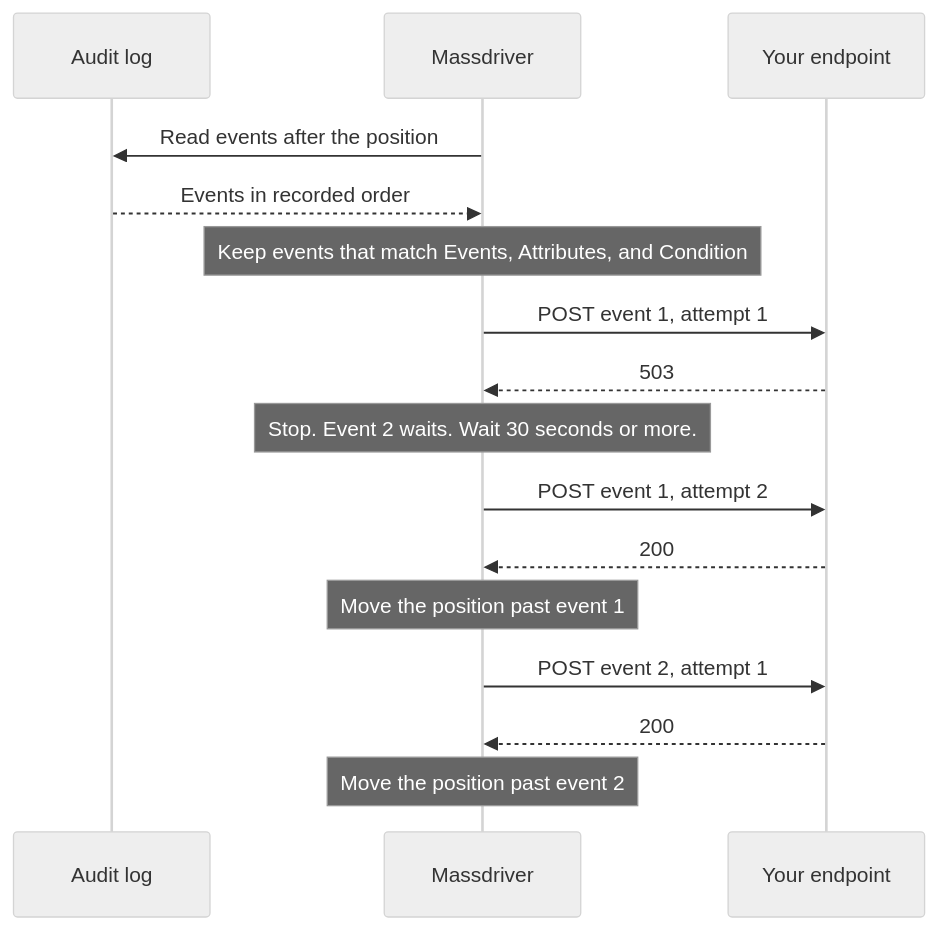
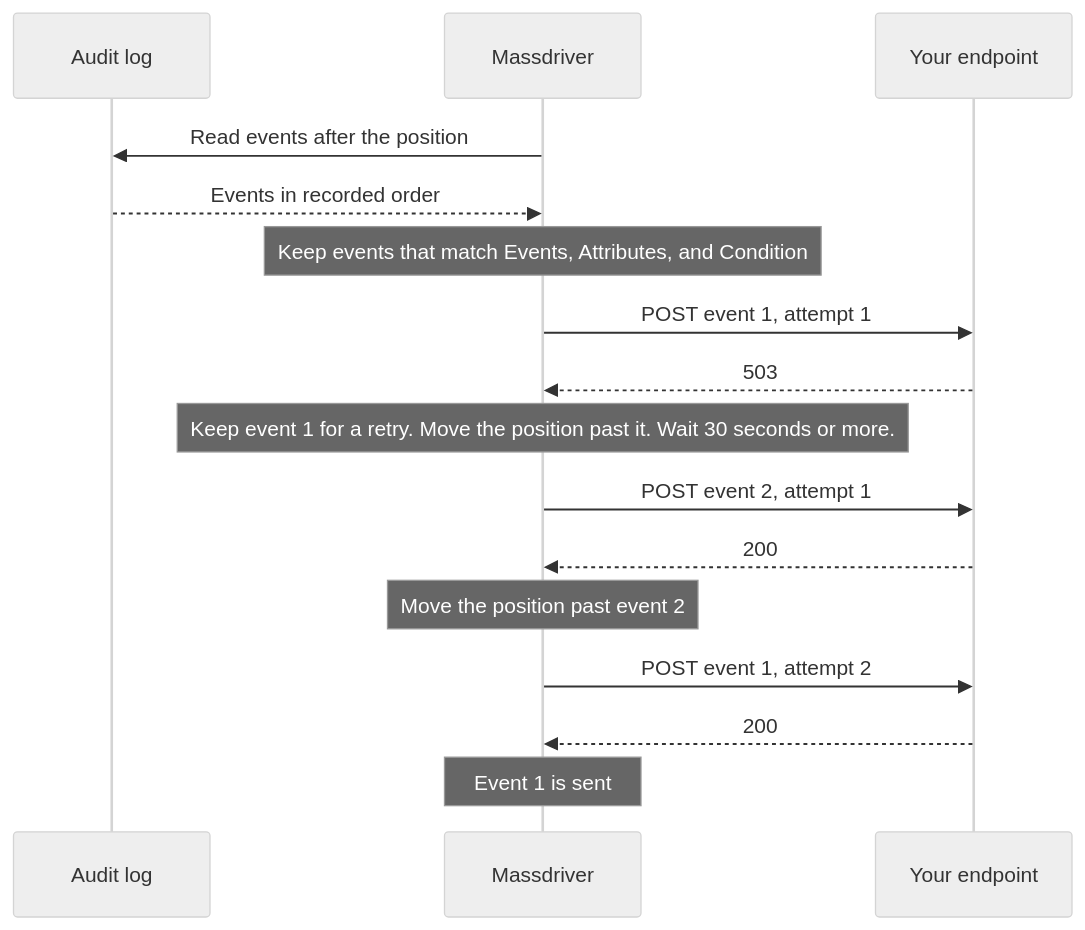
One commit to massdriver-cloud/docs changed the diagram in docs/platform-operations/03-event-destinations.md. Above: the diagram before and after it, drawn with Mermaid (neutral theme). The commit also changed other lines of this file, not shown here.

````diff
--- a/docs/platform-operations/03-event-destinations.md
+++ b/docs/platform-operations/03-event-destinations.md
@@ -120,18 +120,18 @@
 ```mermaid
 sequenceDiagram
     participant AL as Audit log
     participant MD as Massdriver
     participant EP as Your endpoint
     MD->>AL: Read events after the position
     AL-->>MD: Events in recorded order
     Note over MD: Keep events that match Events, Attributes, and Condition
     MD->>EP: POST event 1, attempt 1
     EP-->>MD: 503
-    Note over MD: Stop. Event 2 waits. Wait 30 seconds or more.
-    MD->>EP: POST event 1, attempt 2
-    EP-->>MD: 200
-    Note over MD: Move the position past event 1
+    Note over MD: Keep event 1 for a retry. Move the position past it. Wait 30 seconds or more.
     MD->>EP: POST event 2, attempt 1
     EP-->>MD: 200
     Note over MD: Move the position past event 2
+    MD->>EP: POST event 1, attempt 2
+    EP-->>MD: 200
+    Note over MD: Event 1 is sent
 ```
````
